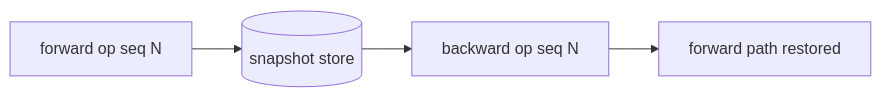
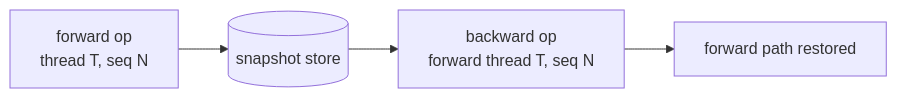
Before and after one commit to ROCm/rocm-systems: the seventh of 8 diagrams in projects/rocprofiler-compute/docs/design/lld-torch-native-tier.md, drawn with Mermaid. The commit also changed other lines of this file and 5 other files, not shown here.

Commit message:
adding threadIds to the global snapshot store

````diff
--- a/projects/rocprofiler-compute/docs/design/lld-torch-native-tier.md
+++ b/projects/rocprofiler-compute/docs/design/lld-torch-native-tier.md
@@ -213,6 +264,6 @@
 ```mermaid
 flowchart LR
-    fwd[forward op seq N] --> store[(snapshot store)]
-    store --> bwd[backward op seq N]
+    fwd[forward op<br/>thread T, seq N] --> store[(snapshot store)]
+    store --> bwd[backward op<br/>forward thread T, seq N]
     bwd --> path[forward path restored]
 ```
````
